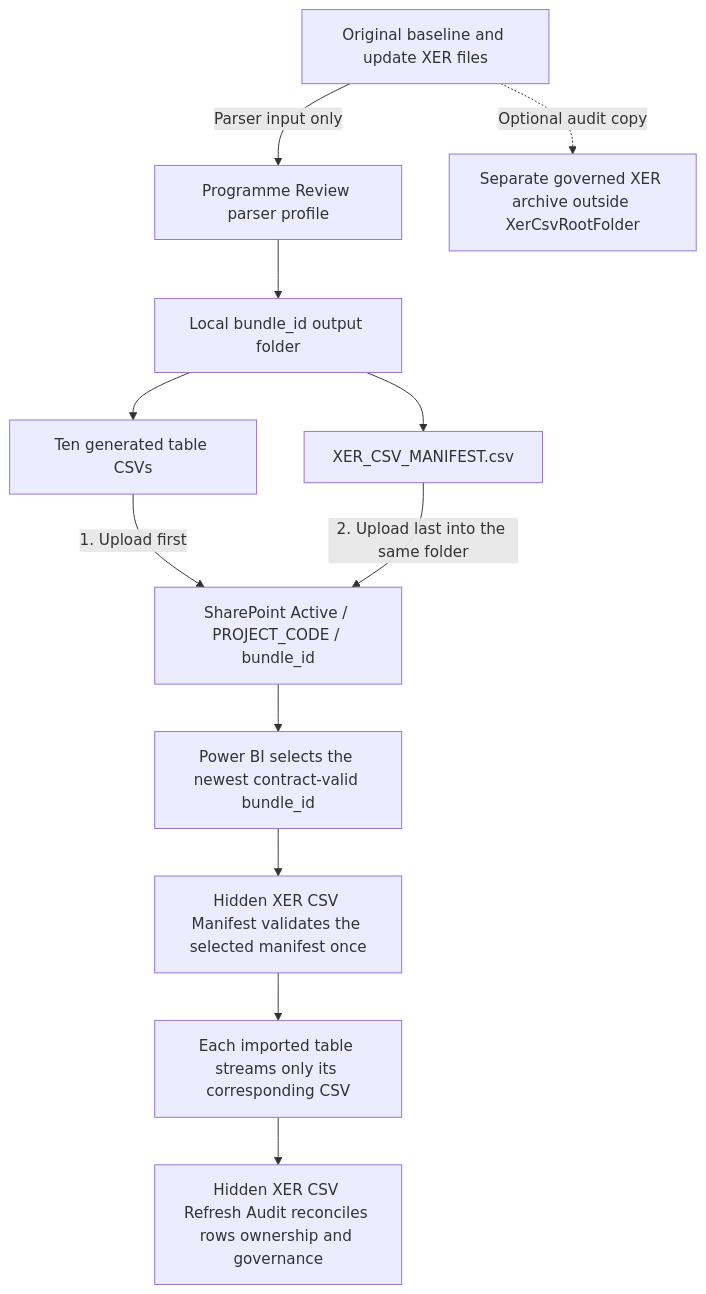
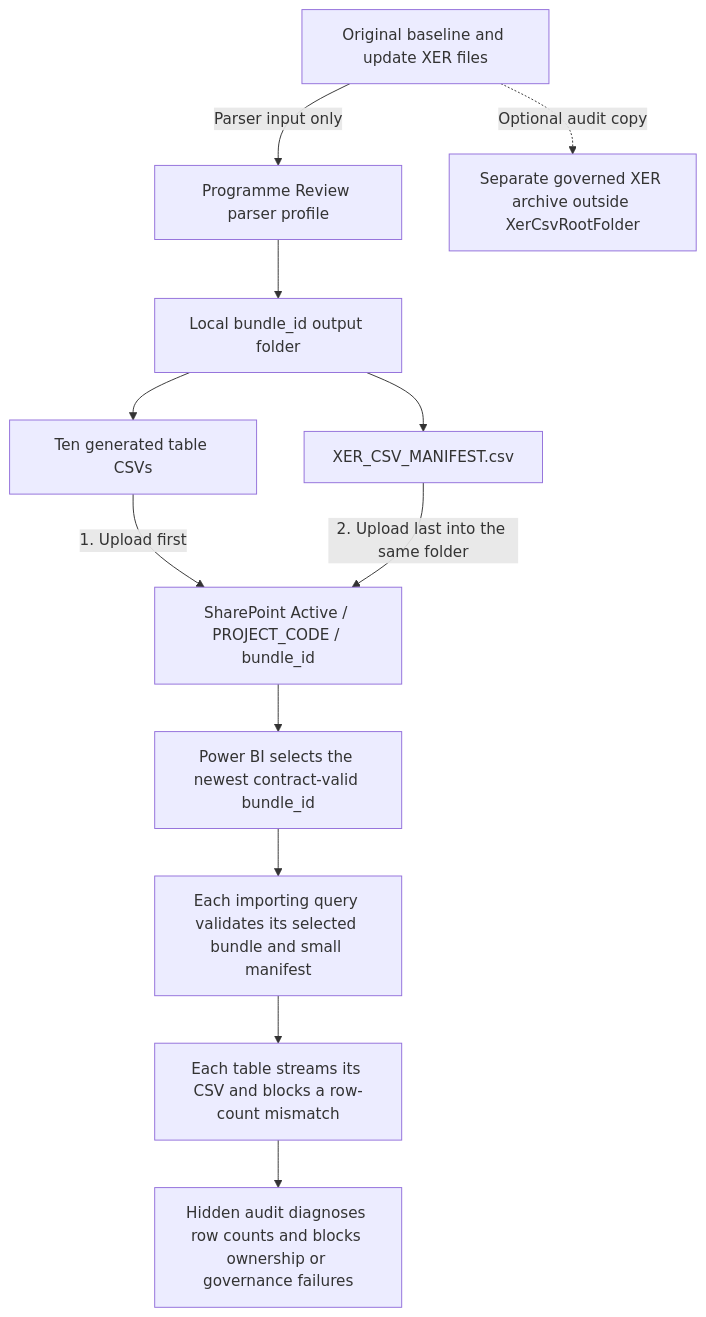
Before and after one commit to raguirre24/Programme-Review: the diagram in SHAREPOINT_CSV_SETUP.md, drawn with Mermaid. The commit also changed other lines of this file and 106 other files, not shown here.

````diff
--- a/SHAREPOINT_CSV_SETUP.md
+++ b/SHAREPOINT_CSV_SETUP.md
@@ -92,14 +92,14 @@
 ```mermaid
 flowchart TD
     A[Original baseline and update XER files] -->|Parser input only| B[Programme Review parser profile]
     B --> C[Local bundle_id output folder]
     C --> D[Ten generated table CSVs]
     C --> E[XER_CSV_MANIFEST.csv]
     D -->|1. Upload first| F[SharePoint Active / PROJECT_CODE / bundle_id]
     E -->|2. Upload last into the same folder| F
     F --> G[Power BI selects the newest contract-valid bundle_id]
-    G --> H[Hidden XER CSV Manifest validates the selected manifest once]
-    H --> J[Each imported table streams only its corresponding CSV]
-    J --> K[Hidden XER CSV Refresh Audit reconciles rows ownership and governance]
+    G --> H[Each importing query validates its selected bundle and small manifest]
+    H --> J[Each table streams its CSV and blocks a row-count mismatch]
+    J --> K[Hidden audit diagnoses row counts and blocks ownership or governance failures]
     A -. Optional audit copy .-> I[Separate governed XER archive outside XerCsvRootFolder]
 ```
````
